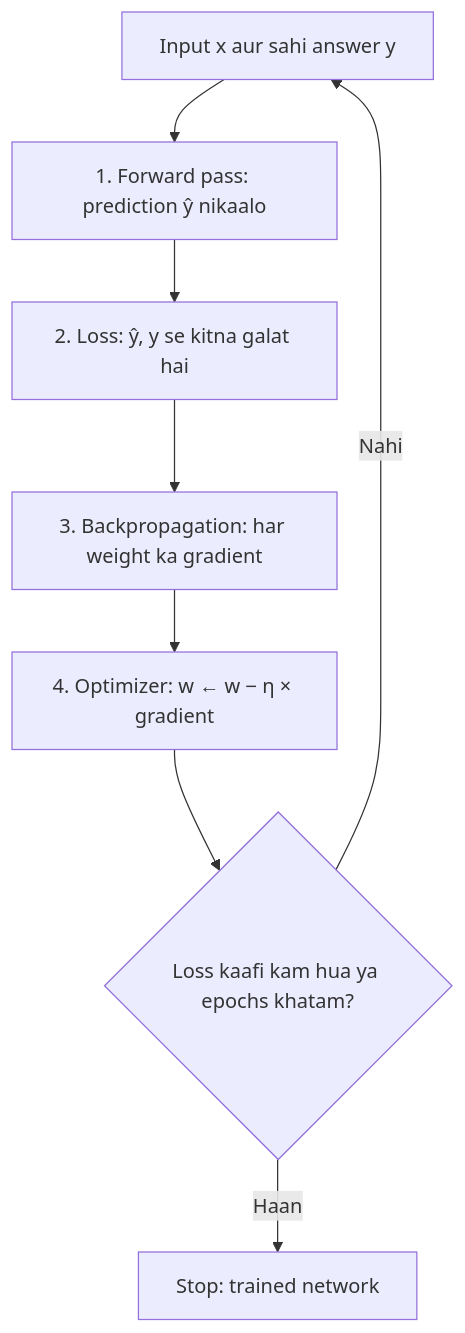
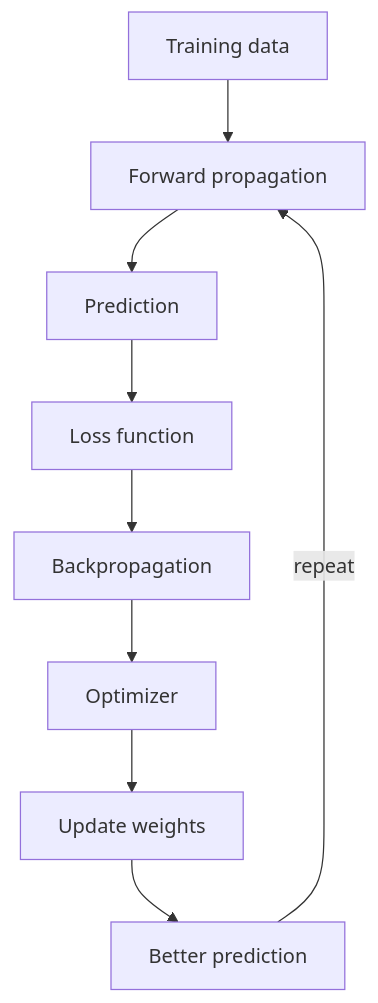
Before and after one commit to TrendySloth1001/sem-seven-notes: the first of 3 diagrams in content/deep-learning/notes/backpropagation.hi.mdx, drawn with Mermaid. The commit also changed other lines of this file and 254 other files, not shown here.

Commit message:
Rewrite the backpropagation, gradient descent, regularization and autoencoder notes and their 29 answers from the teachers' class files. They use 185 teacher figures with class-notes citations only, and correct the AdaGrad, RMSProp, Nesterov and batch-norm numbers on the slides.

````diff
--- a/content/deep-learning/notes/backpropagation.hi.mdx
+++ b/content/deep-learning/notes/backpropagation.hi.mdx
@@ -70,11 +37,12 @@
 ```mermaid
-%% caption: Training loop. Step 1 aur 2 network mein aage jaate hain, step 3 peeche jaata hai, step 4 weights badalta hai, aur phir agle example ya batch ke saath loop repeat hota hai.
+%% caption: Neural network ka learning loop, jaise teacher draw karte hain. Har pass prediction ko thoda behtar banata hai.
 flowchart TD
-  A["Input x aur sahi answer y"] --> B["1. Forward pass: prediction ŷ nikaalo"]
-  B --> C["2. Loss: ŷ, y se kitna galat hai"]
-  C --> D["3. Backpropagation: har weight ka gradient"]
-  D --> E["4. Optimizer: w ← w − η × gradient"]
-  E --> F{"Loss kaafi kam hua ya epochs khatam?"}
-  F -- "Nahi" --> A
-  F -- "Haan" --> G["Stop: trained network"]
+  A["Training data"] --> B["Forward propagation"]
+  B --> C["Prediction"]
+  C --> D["Loss function"]
+  D --> E["Backpropagation"]
+  E --> F["Optimizer"]
+  F --> G["Update weights"]
+  G --> H["Better prediction"]
+  H -->|"repeat"| B
 ```
````
